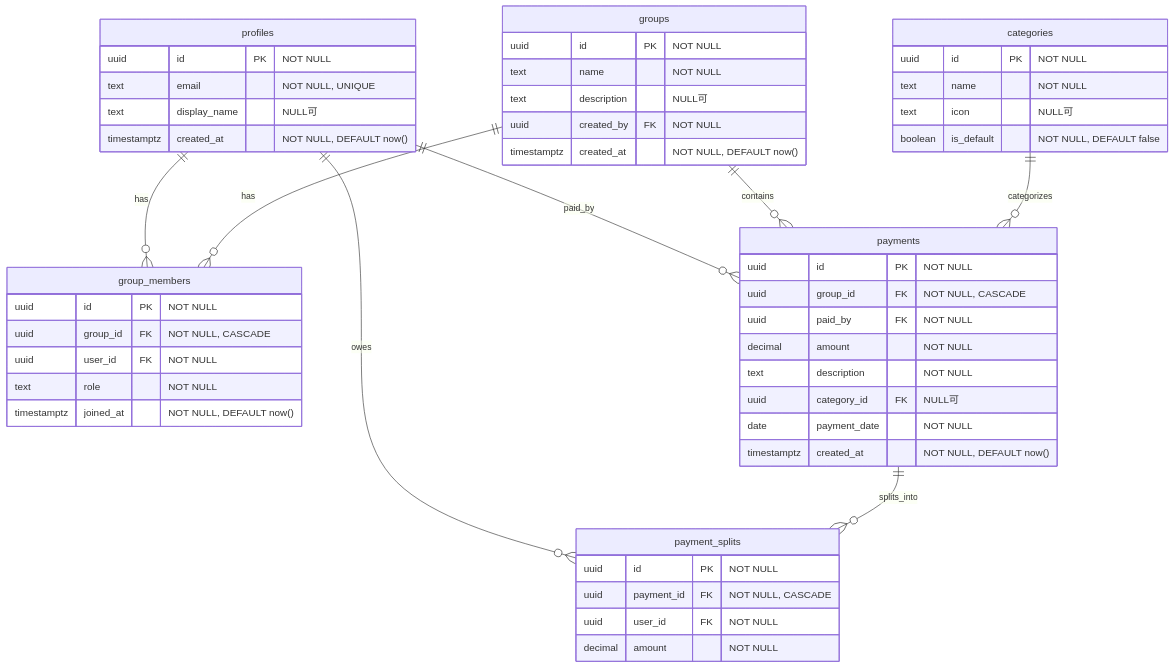
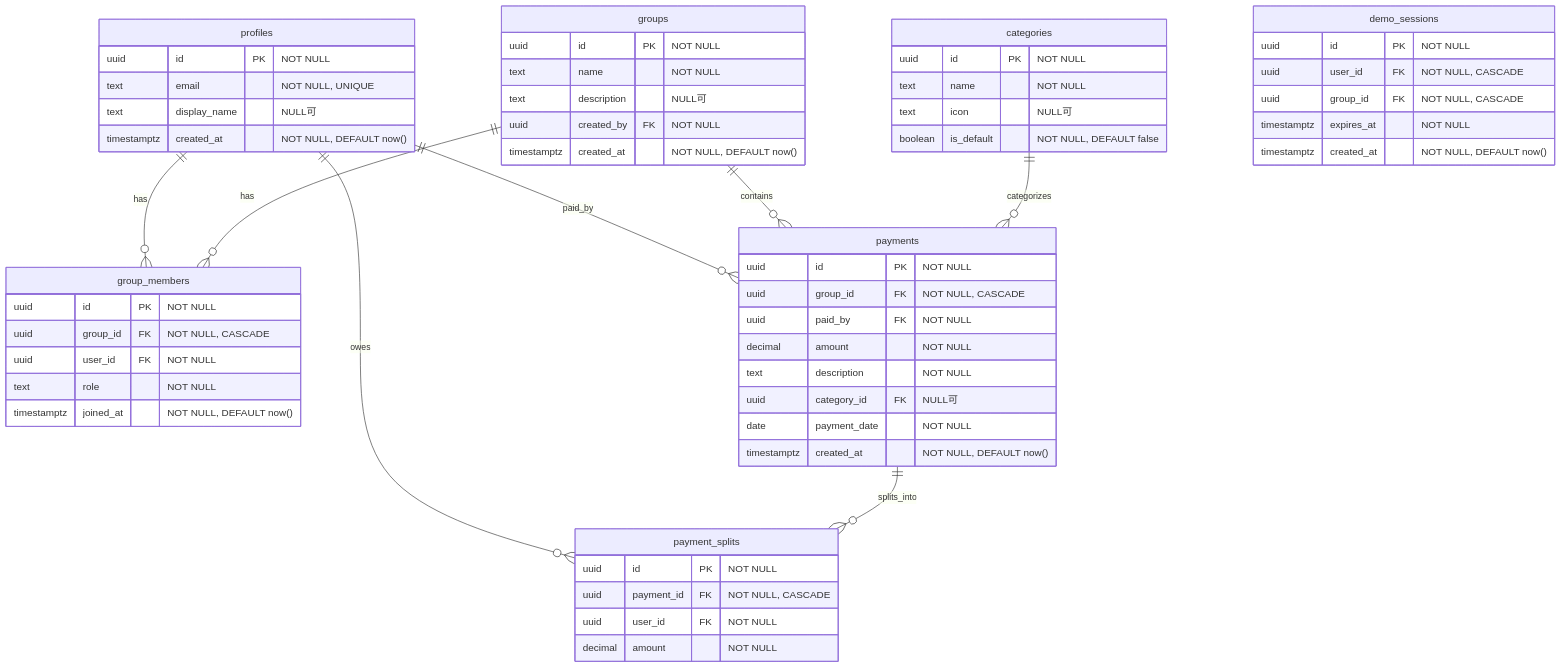
Before and after one commit to sayaka-38/kakeibo-share: the diagram in docs/design.md, drawn with Mermaid. The commit also changed other lines of this file and 1 other file, not shown here.

````diff
--- a/docs/design.md
+++ b/docs/design.md
@@ -139,61 +139,69 @@
 ```mermaid
 erDiagram
     profiles ||--o{ group_members : "has"
     profiles ||--o{ payments : "paid_by"
     profiles ||--o{ payment_splits : "owes"
 
     groups ||--o{ group_members : "has"
     groups ||--o{ payments : "contains"
 
     payments ||--o{ payment_splits : "splits_into"
 
     categories ||--o{ payments : "categorizes"
 
     profiles {
         uuid id PK "NOT NULL"
         text email "NOT NULL, UNIQUE"
         text display_name "NULL可"
         timestamptz created_at "NOT NULL, DEFAULT now()"
     }
 
     groups {
         uuid id PK "NOT NULL"
         text name "NOT NULL"
         text description "NULL可"
         uuid created_by FK "NOT NULL"
         timestamptz created_at "NOT NULL, DEFAULT now()"
     }
 
     group_members {
         uuid id PK "NOT NULL"
         uuid group_id FK "NOT NULL, CASCADE"
         uuid user_id FK "NOT NULL"
         text role "NOT NULL"
         timestamptz joined_at "NOT NULL, DEFAULT now()"
     }
 
     categories {
         uuid id PK "NOT NULL"
         text name "NOT NULL"
         text icon "NULL可"
         boolean is_default "NOT NULL, DEFAULT false"
     }
 
     payments {
         uuid id PK "NOT NULL"
         uuid group_id FK "NOT NULL, CASCADE"
         uuid paid_by FK "NOT NULL"
         decimal amount "NOT NULL"
         text description "NOT NULL"
         uuid category_id FK "NULL可"
         date payment_date "NOT NULL"
         timestamptz created_at "NOT NULL, DEFAULT now()"
     }
 
     payment_splits {
         uuid id PK "NOT NULL"
         uuid payment_id FK "NOT NULL, CASCADE"
         uuid user_id FK "NOT NULL"
         decimal amount "NOT NULL"
     }
+
+    demo_sessions {
+        uuid id PK "NOT NULL"
+        uuid user_id FK "NOT NULL, CASCADE"
+        uuid group_id FK "NOT NULL, CASCADE"
+        timestamptz expires_at "NOT NULL"
+        timestamptz created_at "NOT NULL, DEFAULT now()"
+    }
 ```
````
